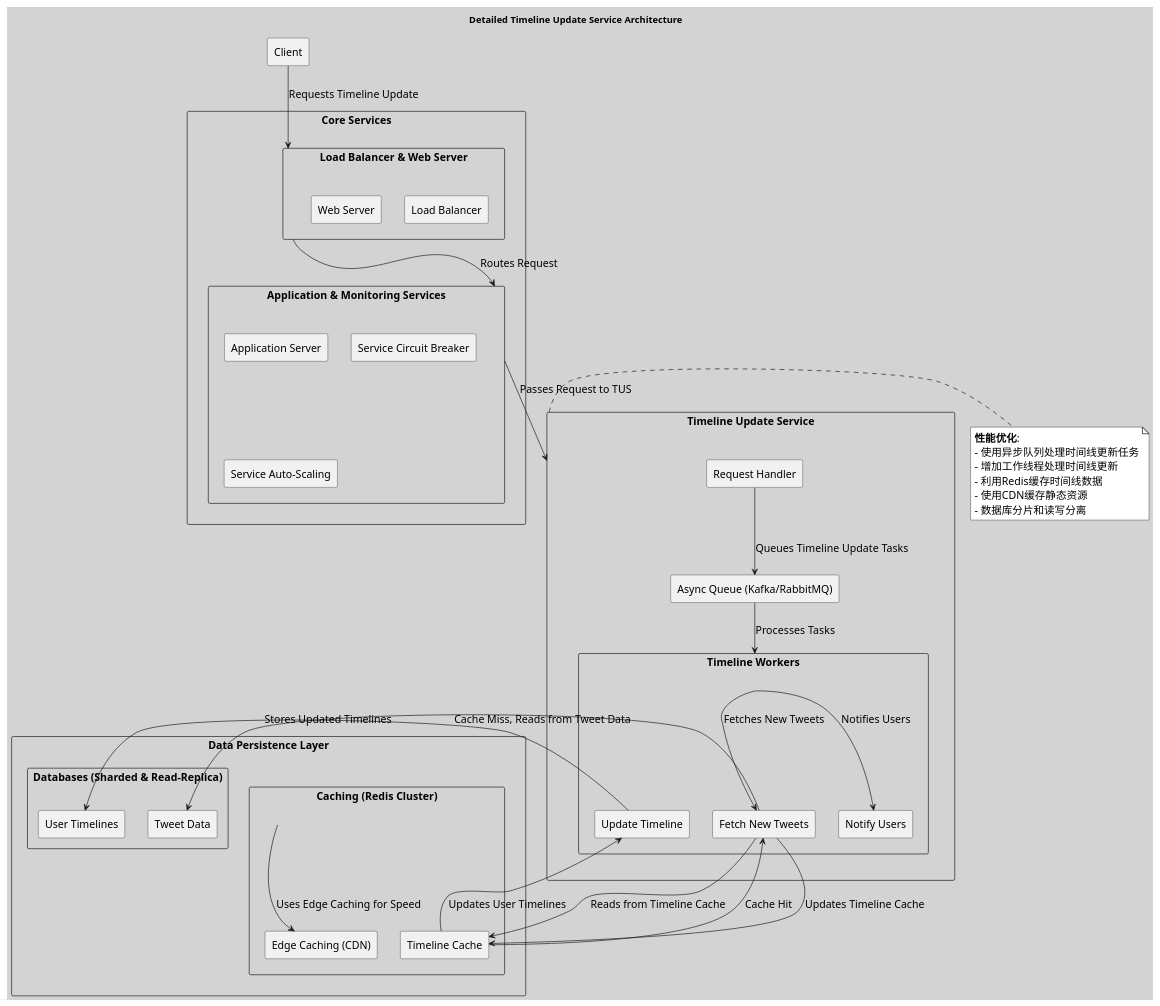
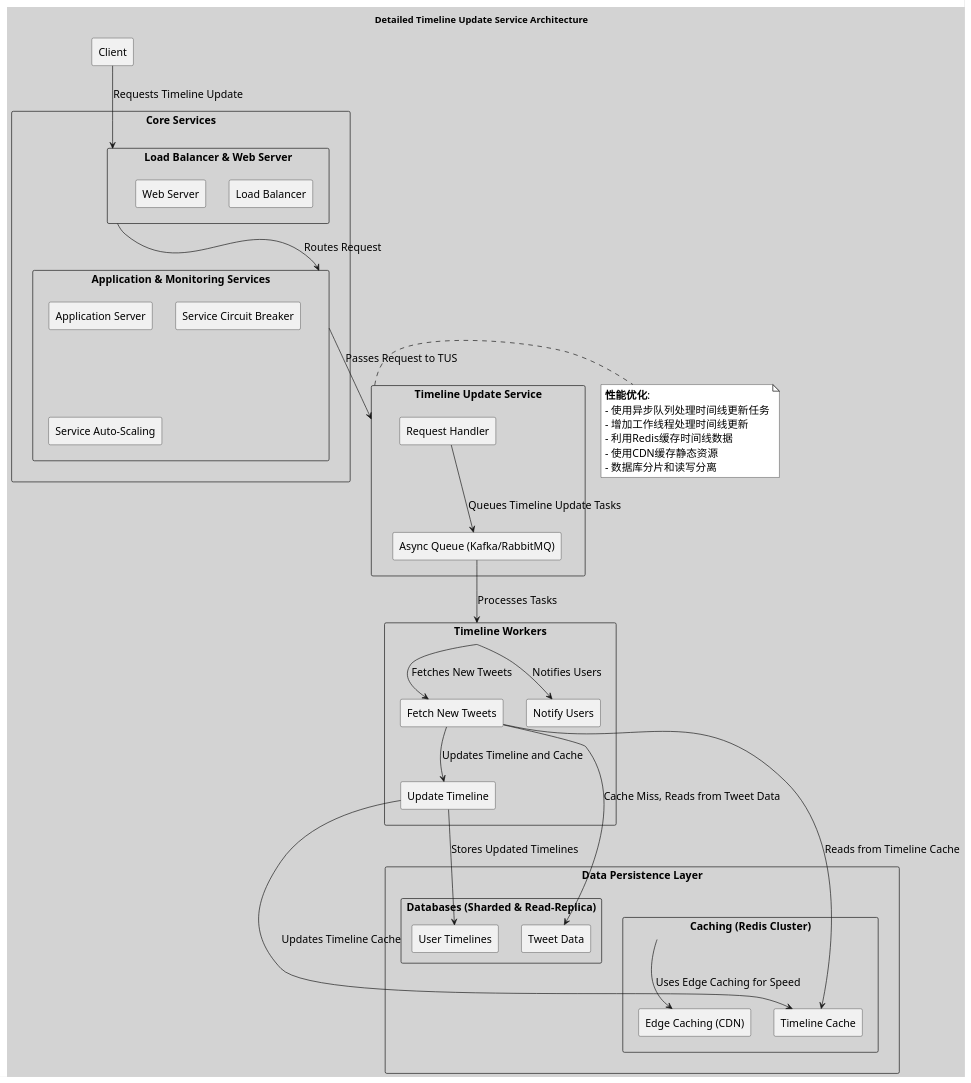
The diagram in timeline_update_service_detailed_architecture.puml (huangyingw/system_design), drawn with PlantUML before and after one commit.

```diff
--- a/timeline_update_service_detailed_architecture.puml
+++ b/timeline_update_service_detailed_architecture.puml
@@ -1,75 +1,77 @@
 @startuml
 
 skinparam backgroundColor #D3D3D3
 skinparam defaultFontName "Arial"
 skinparam defaultFontSize 16
 skinparam note {
   BackgroundColor #FFFFFF
   BorderColor #000000
   FontSize 16
   FontName "Arial"
 }
 
 title Detailed Timeline Update Service Architecture
 
 rectangle "Client" as Client
 
 rectangle "Core Services" as Core {
     rectangle "Load Balancer & Web Server" as LBWS {
         rectangle "Load Balancer" as LB
         rectangle "Web Server" as WS
     }
     rectangle "Application & Monitoring Services" as AMS {
         rectangle "Application Server" as AS
         rectangle "Service Circuit Breaker" as SCB
         rectangle "Service Auto-Scaling" as SAS
     }
 }
 
 rectangle "Timeline Update Service" as TUS {
     rectangle "Request Handler" as RH
     rectangle "Async Queue (Kafka/RabbitMQ)" as AQ
-    rectangle "Timeline Workers" as TW {
-        rectangle "Fetch New Tweets" as FNT
-        rectangle "Update Timeline" as UT
-        rectangle "Notify Users" as NU
-    }
+}
+
+rectangle "Timeline Workers" as TW {
+    rectangle "Fetch New Tweets" as FNT
+    rectangle "Update Timeline" as UT
+    rectangle "Notify Users" as NU
 }
 
 rectangle "Data Persistence Layer" as DPS {
     rectangle "Caching (Redis Cluster)" as Cache {
         rectangle "Timeline Cache" as TC
         rectangle "Edge Caching (CDN)" as EC
     }
     rectangle "Databases (Sharded & Read-Replica)" as DB {
         rectangle "User Timelines" as UTDB
         rectangle "Tweet Data" as TD
     }
 }
 
 Client -down-> LBWS : Requests Timeline Update
 LBWS -down-> AMS : Routes Request
 AMS -down-> TUS : Passes Request to TUS
 RH -down-> AQ : Queues Timeline Update Tasks
 AQ -down-> TW : Processes Tasks
 
 TW -down-> FNT : Fetches New Tweets
 FNT -down-> TC : Reads from Timeline Cache
-TC -right-> FNT : Cache Hit
 FNT -down-> TD : Cache Miss, Reads from Tweet Data
-FNT -right-> TC : Updates Timeline Cache
-TC -down-> UT : Updates User Timelines
+FNT -down-> UT : Updates Timeline and Cache
+
 UT -down-> UTDB : Stores Updated Timelines
+UT -down-> TC : Updates Timeline Cache
 TW -down-> NU : Notifies Users
+
 Cache -down-> EC : Uses Edge Caching for Speed
 
 note right of TUS
   **性能优化**:
   - 使用异步队列处理时间线更新任务
   - 增加工作线程处理时间线更新
   - 利用Redis缓存时间线数据
   - 使用CDN缓存静态资源
   - 数据库分片和读写分离
 end note
 
 @enduml
```
